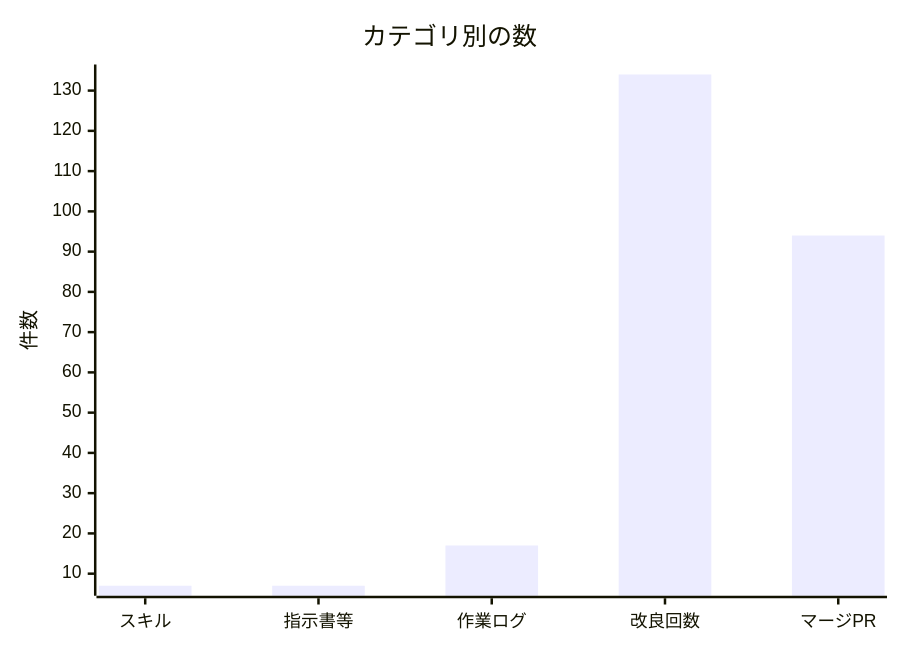
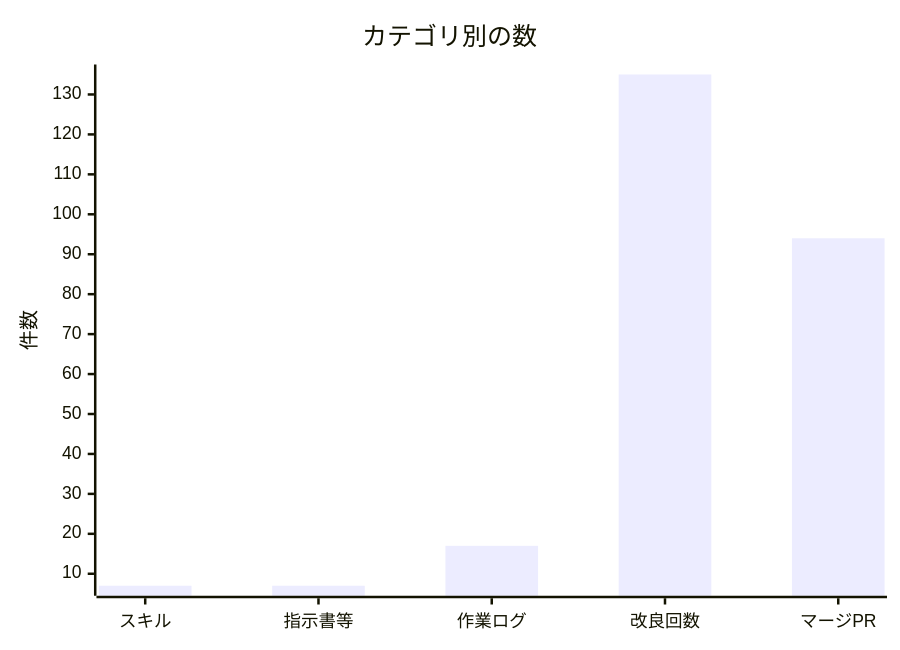
The second of 2 diagrams in docs/進化レポート.md (non-x2/non-x2), drawn with Mermaid before and after one commit. The commit also changed other lines of this file and 1 other file, not shown here.

````diff
--- a/docs/進化レポート.md
+++ b/docs/進化レポート.md
@@ -35,7 +35,7 @@
 ```mermaid
 xychart-beta
     title "カテゴリ別の数"
     x-axis ["スキル", "指示書等", "作業ログ", "改良回数", "マージPR"]
     y-axis "件数"
-    bar [7, 7, 17, 134, 94]
+    bar [7, 7, 17, 135, 94]
 ```
````
